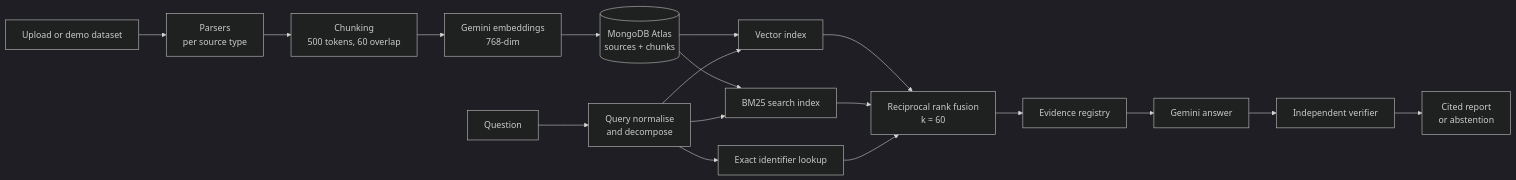
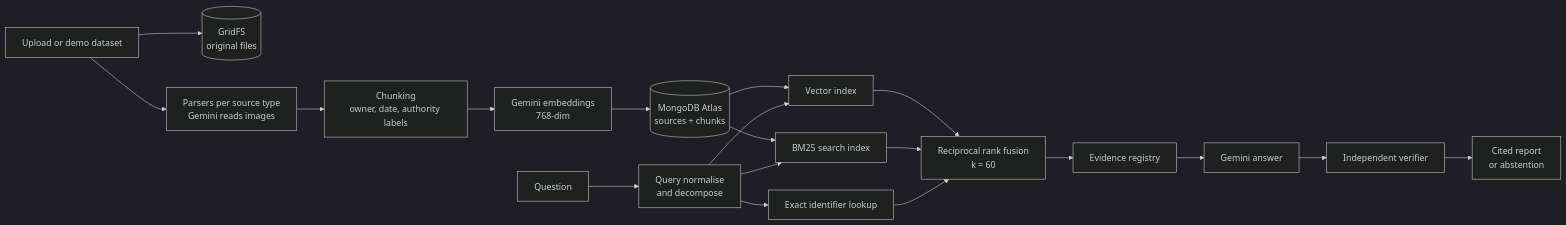
The diagram in README.md (CodingTJ1507/RAG_Transfinitte), drawn with Mermaid (dark theme) before and after one commit. The commit also changed other lines of this file, not shown here.

````diff
--- a/README.md
+++ b/README.md
@@ -65,16 +85,17 @@
 ```mermaid
 flowchart LR
-    U[Upload or demo dataset] --> P[Parsers<br/>per source type]
-    P --> C[Chunking<br/>500 tokens, 60 overlap]
+    U[Upload or demo dataset] --> O[(GridFS<br/>original files)]
+    U --> P[Parsers per source type<br/>Gemini reads images]
+    P --> C[Chunking<br/>owner, date, authority labels]
     C --> E[Gemini embeddings<br/>768-dim]
     E --> M[(MongoDB Atlas<br/>sources + chunks)]
     M --> V[Vector index]
     M --> S[BM25 search index]
     Q[Question] --> T[Query normalise<br/>and decompose]
     T --> V & S & X[Exact identifier lookup]
     V & S & X --> F[Reciprocal rank fusion<br/>k = 60]
     F --> R[Evidence registry]
     R --> G[Gemini answer]
     G --> K[Independent verifier]
     K --> A[Cited report<br/>or abstention]
 ```
````
